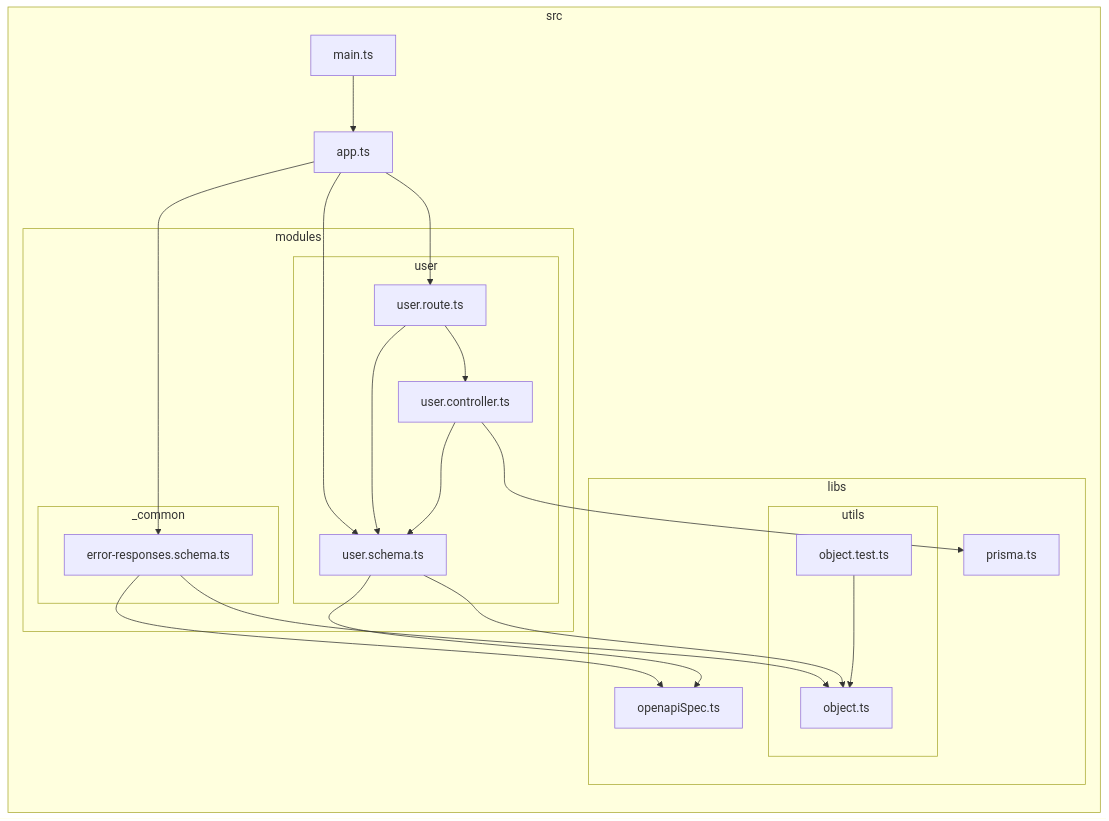
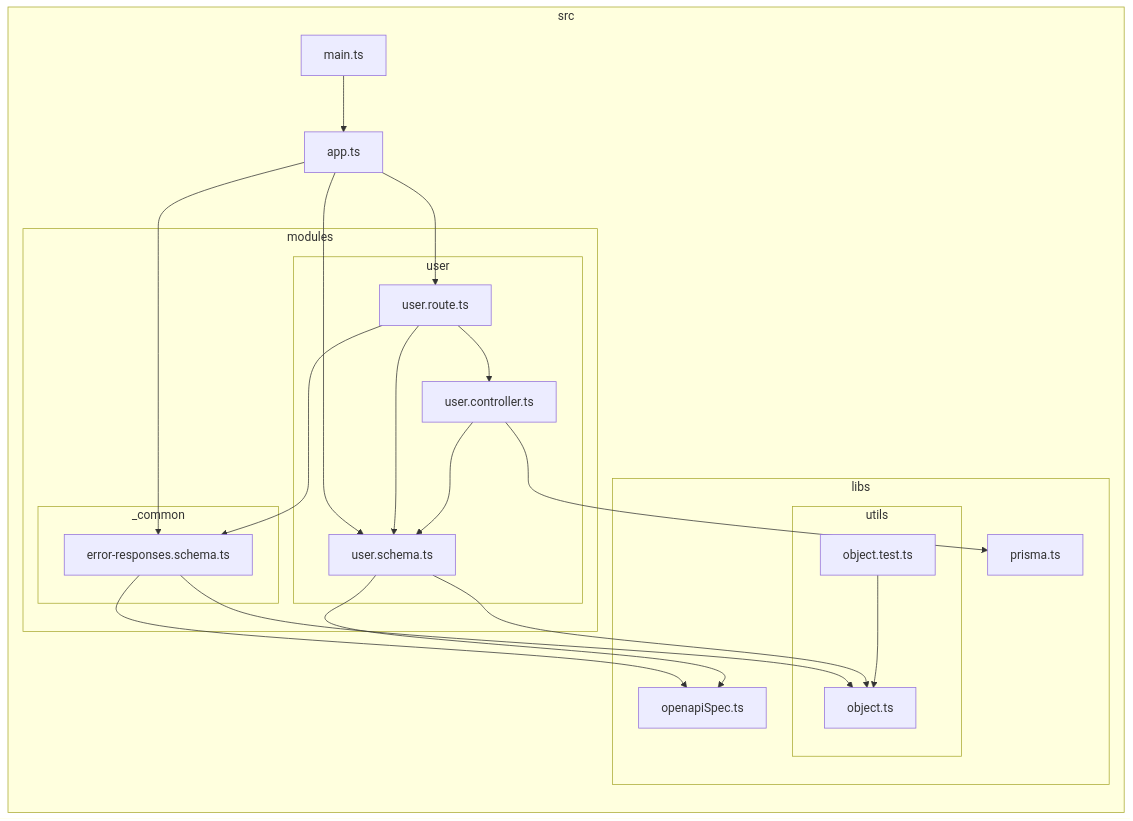
The diagram in docs/dependency-graph.md (junkor-1011/-fastify-prisma-example3), drawn with Mermaid before and after one commit. The commit also changed 2 other files, not shown here.

Commit message:
feat: example of 4xx, 5xx error schemas

````diff
--- a/docs/dependency-graph.md
+++ b/docs/dependency-graph.md
@@ -1,39 +1,40 @@
 ```mermaid
 flowchart LR
 
 subgraph 0["src"]
 1["app.ts"]
 subgraph 2["modules"]
 subgraph 3["_common"]
 4["error-responses.schema.ts"]
 end
 subgraph 9["user"]
 A["user.route.ts"]
 B["user.controller.ts"]
 C["user.schema.ts"]
 end
 end
 subgraph 5["libs"]
 6["openapiSpec.ts"]
 subgraph 7["utils"]
 8["object.ts"]
 E["object.test.ts"]
 end
 D["prisma.ts"]
 end
 F["main.ts"]
 end
 1-->4
 1-->A
 1-->C
 4-->6
 4-->8
 A-->B
 A-->C
+A-->4
 B-->C
 B-->D
 C-->6
 C-->8
 E-->8
 F-->1
 ```
````
